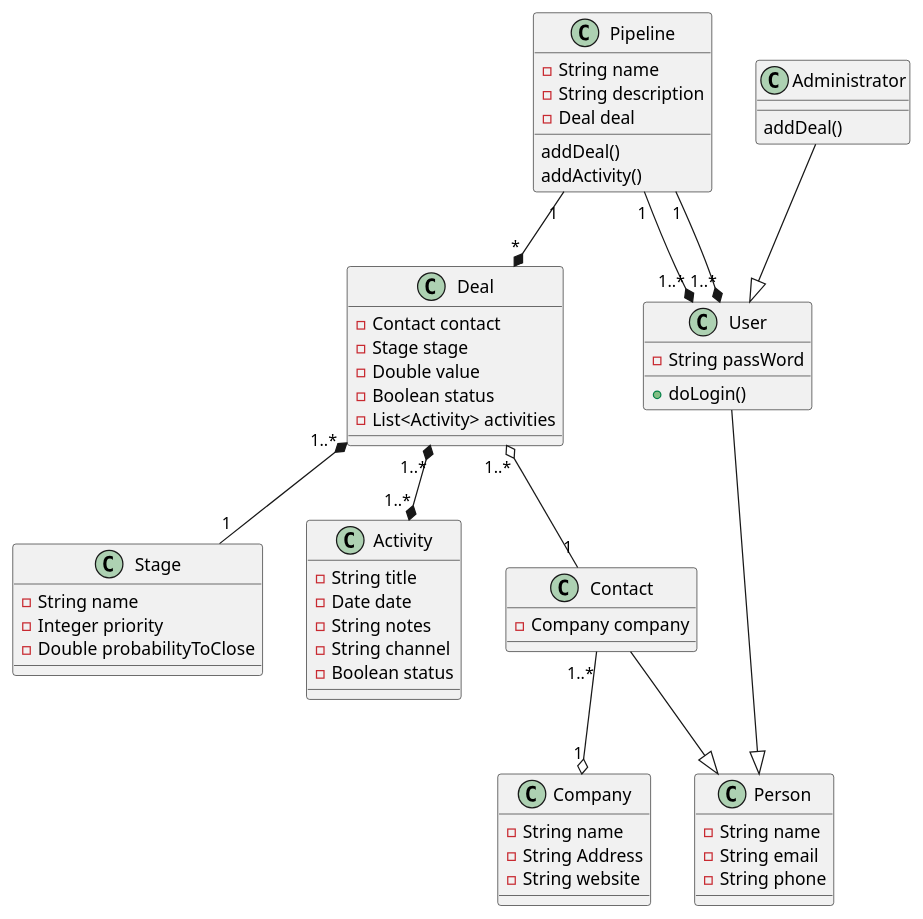
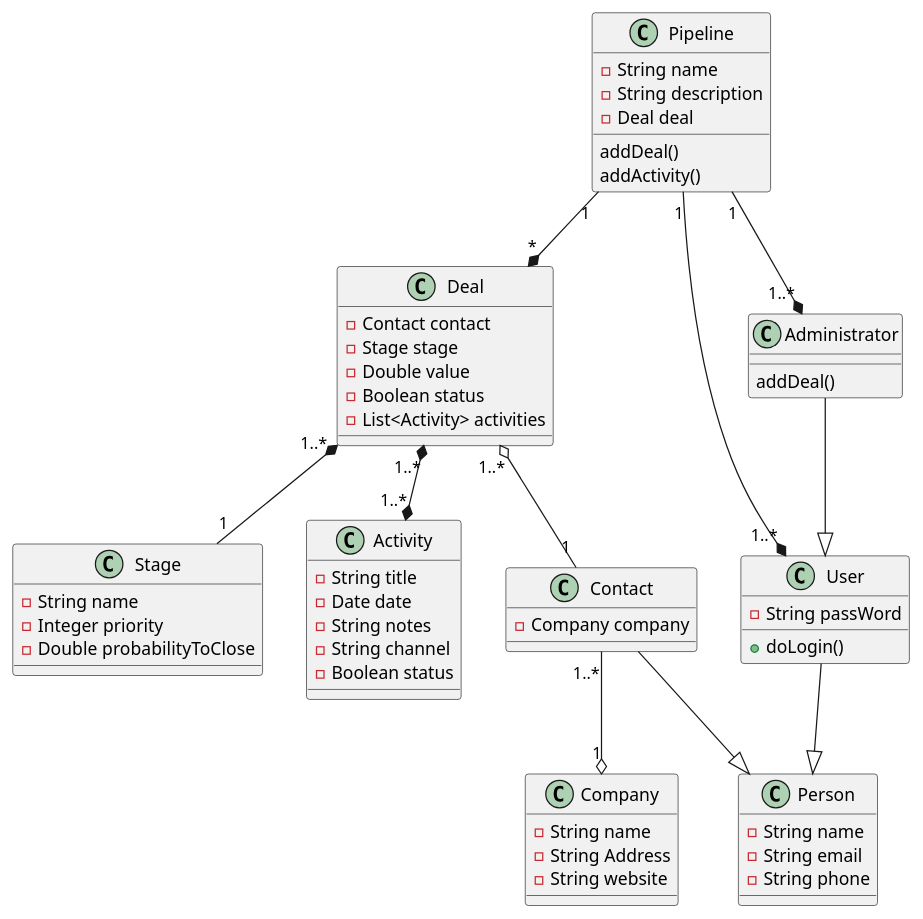
One commit to igormedeiros/crm33 changed the diagram in planning/uml/crm33.plantuml. Above: the diagram before and after it, drawn with PlantUML. The commit also changed 1 other file, not shown here.

Commit message:
uml include adm role

```diff
--- a/planning/uml/crm33.plantuml
+++ b/planning/uml/crm33.plantuml
@@ -1,75 +1,75 @@
 @startuml CRM33
 
 
 class Pipeline{
   -String name
   -String description
   -Deal deal
   addDeal()
   addActivity()
 
 }
 
 class Stage{
   -String name
   - Integer priority
   -Double probabilityToClose
 }
 
 class Deal{
   -Contact contact
   -Stage stage
   -Double value
   -Boolean status
   -List<Activity> activities
 }
 
 
 class Activity{
   -String title
   -Date date
   -String notes
   -String channel
   -Boolean status
 
 }
 
 class Person{
   -String name
   -String email
   -String phone
 }
 
 class Contact{
   -Company company
 }
 
 class User{
   -String passWord
   +doLogin()
 }
 
 class Administrator{
   addDeal()
 }
 
 class Company{
   -String name
   -String Address
   -String website
 
 }
 
 User --|> Person
 Contact --|> Person
 Administrator --|> User
 
 Pipeline "1" --* "*" Deal
 Pipeline "1" --* "1..*" User
-Pipeline "1" --* "1..*" User
+Pipeline "1" --* "1..*" Administrator
 Deal "1..*" *-- "1" Stage 
 Deal "1..*" o-- "1" Contact
 Contact "1..*" --o "1" Company
 Deal "1..*" *--* "1..*" Activity
 
 @enduml
```
